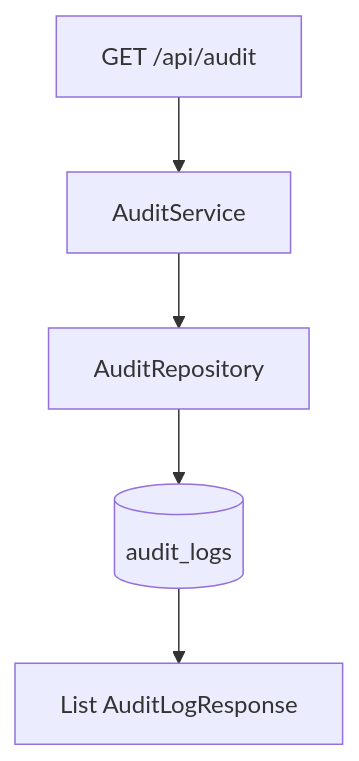
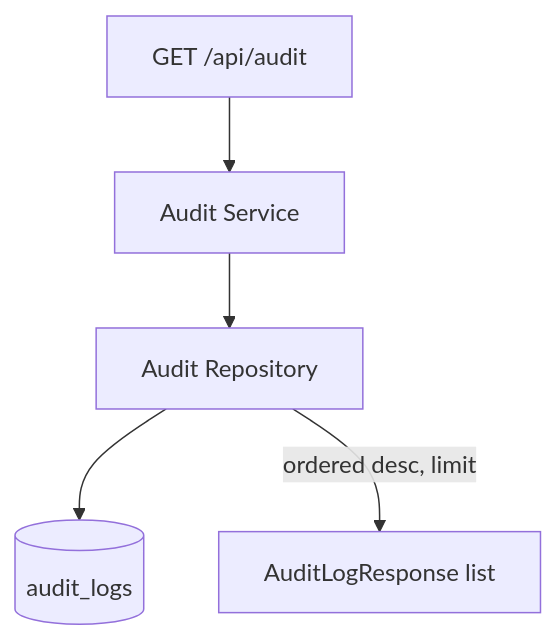
Before and after one commit to thedataengineer/client_demo: the second of 7 diagrams in kce_demo_rebuild-functional-spec.md, drawn with Mermaid. The commit also changed other lines of this file and 7 other files, not shown here.

````diff
--- a/kce_demo_rebuild-functional-spec.md
+++ b/kce_demo_rebuild-functional-spec.md
@@ -149,7 +198,7 @@
 ```mermaid
 graph TD
-  REQ[GET /api/audit] --> SVC[AuditService]
-  SVC --> REPO[AuditRepository]
-  REPO --> LOGS[(audit_logs)]
-  LOGS --> RESP[List AuditLogResponse]
+  Req[GET /api/audit] --> AS[Audit Service]
+  AS --> ARepo[Audit Repository]
+  ARepo --> AL[(audit_logs)]
+  ARepo -->|ordered desc, limit| Resp[AuditLogResponse list]
 ```
````
